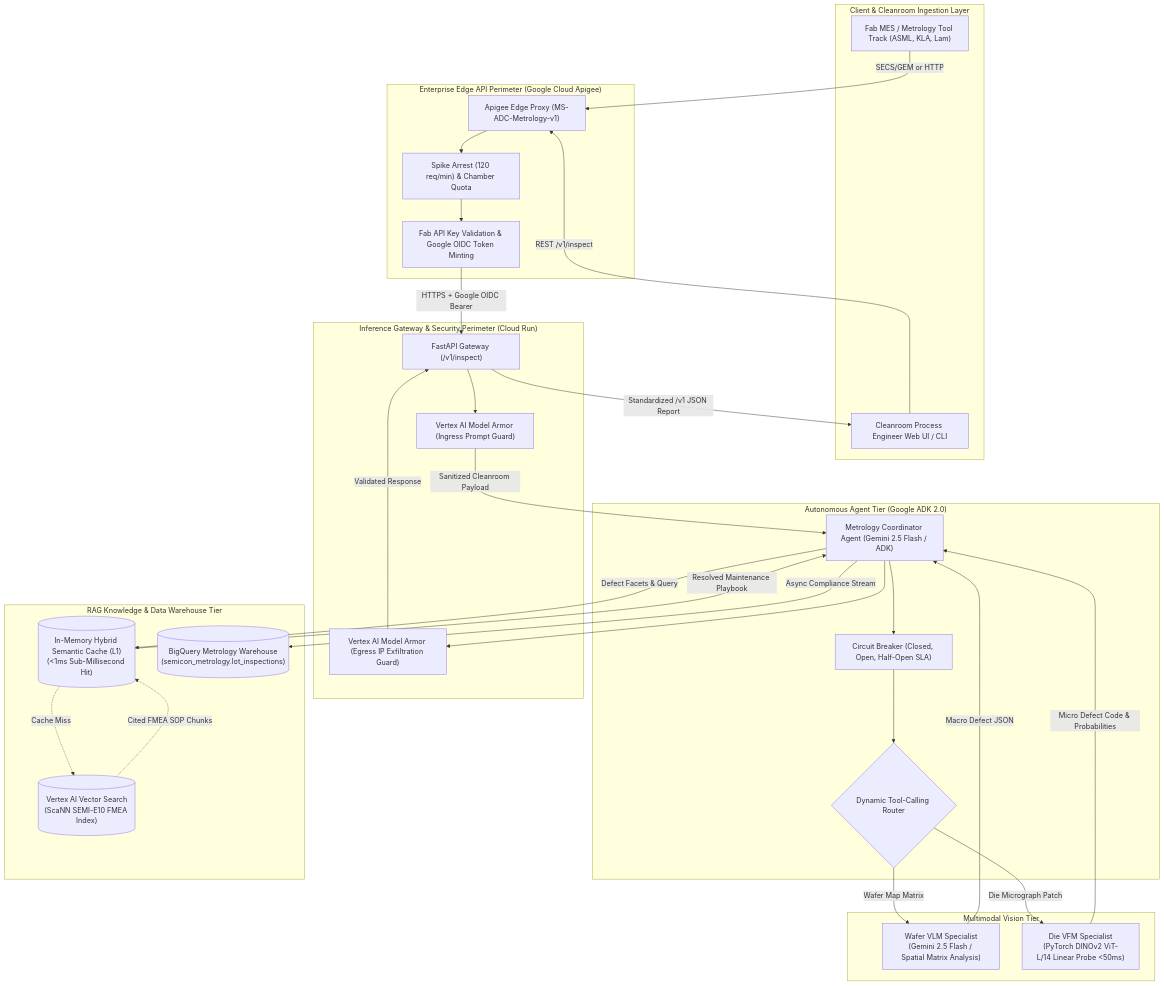
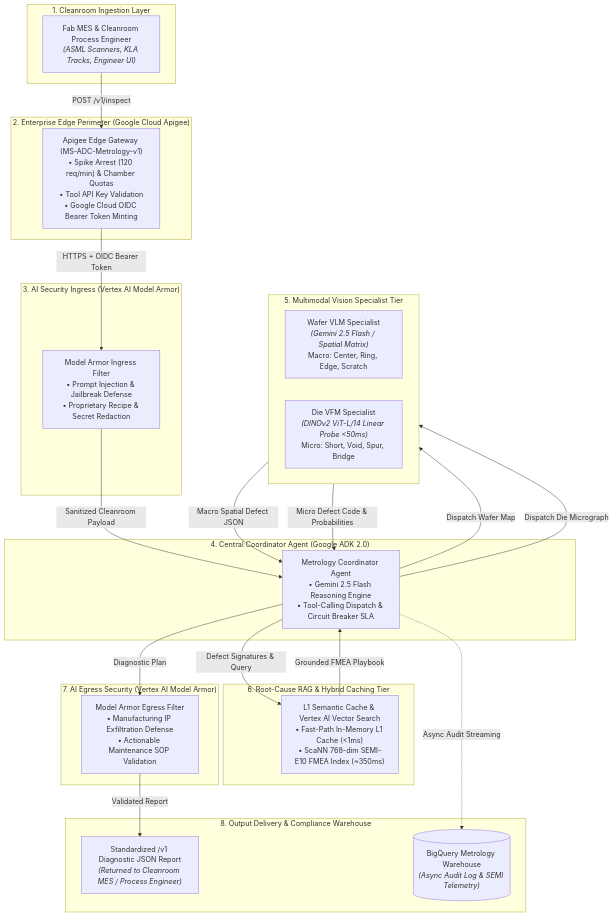
One commit to Ignotus-21/ms-adc changed the first of 2 diagrams in docs/architecture/system_design.md. Above: the diagram before and after it, drawn with Mermaid. The commit also changed other lines of this file, not shown here.

Commit message:
docs(architecture): streamline system_design.md into linear 8-stage pipeline matching README.md

````diff
--- a/docs/architecture/system_design.md
+++ b/docs/architecture/system_design.md
@@ -14,60 +14,59 @@
 ```mermaid
-flowchart TD
-    subgraph ClientLayer ["Client & Cleanroom Ingestion Layer"]
-        MES["Fab MES / Metrology Tool Track (ASML, KLA, Lam)"]
-        Engineer["Cleanroom Process Engineer Web UI / CLI"]
+graph TD
+    %% 1. Ingestion Layer
+    subgraph S1 ["1. Cleanroom Ingestion Layer"]
+        Client["Fab MES & Cleanroom Process Engineer<br/><i>(ASML Scanners, KLA Tracks, Engineer UI)</i>"]
     end
 
-    subgraph EdgePerimeter ["Enterprise Edge API Perimeter (Google Cloud Apigee)"]
-        ApigeeProxy["Apigee Edge Proxy (MS-ADC-Metrology-v1)"]
-        SpikeArrest["Spike Arrest (120 req/min) & Chamber Quota"]
-        ToolAuth["Fab API Key Validation & Google OIDC Token Minting"]
+    %% 2. Edge Gateway Layer
+    subgraph S2 ["2. Enterprise Edge Perimeter (Google Cloud Apigee)"]
+        Apigee["Apigee Edge Gateway (MS-ADC-Metrology-v1)<br/>• Spike Arrest (120 req/min) & Chamber Quotas<br/>• Tool API Key Validation<br/>• Google Cloud OIDC Bearer Token Minting"]
     end
 
-    subgraph SecurityPerimeter ["Inference Gateway & Security Perimeter (Cloud Run)"]
-        FastAPIGateway["FastAPI Gateway (/v1/inspect)"]
-        ModelArmorIngress["Vertex AI Model Armor (Ingress Prompt Guard)"]
-        ModelArmorEgress["Vertex AI Model Armor (Egress IP Exfiltration Guard)"]
+    %% 3. Ingress Security Layer
+    subgraph S3 ["3. AI Security Ingress (Vertex AI Model Armor)"]
+        ModelArmorIn["Model Armor Ingress Filter<br/>• Prompt Injection & Jailbreak Defense<br/>• Proprietary Recipe & Secret Redaction"]
     end
 
-    subgraph AgentOrchestration ["Autonomous Agent Tier (Google ADK 2.0)"]
-        Coordinator["Metrology Coordinator Agent (Gemini 2.5 Flash / ADK)"]
-        CircuitBreaker["Circuit Breaker (Closed, Open, Half-Open SLA)"]
-        ToolRouter{"Dynamic Tool-Calling Router"}
+    %% 4. Agent Orchestration Layer
+    subgraph S4 ["4. Central Coordinator Agent (Google ADK 2.0)"]
+        ADK["Metrology Coordinator Agent<br/>• Gemini 2.5 Flash Reasoning Engine<br/>• Tool-Calling Dispatch & Circuit Breaker SLA"]
     end
 
-    subgraph VisionSpecialists ["Multimodal Vision Tier"]
-        WaferVLM["Wafer VLM Specialist\n(Gemini 2.5 Flash / Spatial Matrix Analysis)"]
-        DieVFM["Die VFM Specialist\n(PyTorch DINOv2 ViT-L/14 Linear Probe <50ms)"]
+    %% 5. Multimodal Vision Layer
+    subgraph S5 ["5. Multimodal Vision Specialist Tier"]
+        direction LR
+        WaferVLM["Wafer VLM Specialist<br/><i>(Gemini 2.5 Flash / Spatial Matrix)</i><br/>Macro: Center, Ring, Edge, Scratch"]
+        DieVFM["Die VFM Specialist<br/><i>(DINOv2 ViT-L/14 Linear Probe &lt;50ms)</i><br/>Micro: Short, Void, Spur, Bridge"]
     end
 
-    subgraph KnowledgeTier ["RAG Knowledge & Data Warehouse Tier"]
-        L1Cache[("In-Memory Hybrid Semantic Cache (L1)\n(<1ms Sub-Millisecond Hit)")]
-        VectorDB[("Vertex AI Vector Search\n(ScaNN SEMI-E10 FMEA Index)")]
-        BQ[("BigQuery Metrology Warehouse\n(semicon_metrology.lot_inspections)")]
+    %% 6. Knowledge & RAG Layer
+    subgraph S6 ["6. Root-Cause RAG & Hybrid Caching Tier"]
+        RAG["L1 Semantic Cache & Vertex AI Vector Search<br/>• Fast-Path In-Memory L1 Cache (&lt;1ms)<br/>• ScaNN 768-dim SEMI-E10 FMEA Index (~350ms)"]
     end
 
-    MES -->|SECS/GEM or HTTP| ApigeeProxy
-    Engineer -->|REST /v1/inspect| ApigeeProxy
-    ApigeeProxy --> SpikeArrest --> ToolAuth
-    ToolAuth -->|HTTPS + Google OIDC Bearer| FastAPIGateway
+    %% 7. Egress Guardrail Layer
+    subgraph S7 ["7. AI Egress Security (Vertex AI Model Armor)"]
+        ModelArmorOut["Model Armor Egress Filter<br/>• Manufacturing IP Exfiltration Defense<br/>• Actionable Maintenance SOP Validation"]
+    end
 
-    FastAPIGateway --> ModelArmorIngress
-    ModelArmorIngress -->|Sanitized Cleanroom Payload| Coordinator
+    %% 8. Presentation & Analytics Layer
+    subgraph S8 ["8. Output Delivery & Compliance Warehouse"]
+        Output["Standardized /v1 Diagnostic JSON Report<br/><i>(Returned to Cleanroom MES / Process Engineer)</i>"]
+        BQ[("BigQuery Metrology Warehouse<br/><i>(Async Audit Log & SEMI Telemetry)</i>")]
+    end
 
-    Coordinator --> CircuitBreaker --> ToolRouter
-    ToolRouter -->|Wafer Map Matrix| WaferVLM
-    ToolRouter -->|Die Micrograph Patch| DieVFM
-    WaferVLM -->|Macro Defect JSON| Coordinator
-    DieVFM -->|Micro Defect Code & Probabilities| Coordinator
-
-    Coordinator -->|Defect Facets & Query| L1Cache
-    L1Cache -.->|Cache Miss| VectorDB
-    VectorDB -.->|Cited FMEA SOP Chunks| L1Cache
-    L1Cache -->|Resolved Maintenance Playbook| Coordinator
-
-    Coordinator --> ModelArmorEgress
-    ModelArmorEgress -->|Validated Response| FastAPIGateway
-    Coordinator -->|Async Compliance Stream| BQ
-    FastAPIGateway -->|Standardized /v1 JSON Report| Engineer
+    %% Straight-Down Linear Pipeline Flow
+    Client -->|POST /v1/inspect| Apigee
+    Apigee -->|HTTPS + OIDC Bearer Token| ModelArmorIn
+    ModelArmorIn -->|Sanitized Cleanroom Payload| ADK
+    ADK -->|Dispatch Wafer Map| WaferVLM
+    ADK -->|Dispatch Die Micrograph| DieVFM
+    WaferVLM -->|Macro Spatial Defect JSON| ADK
+    DieVFM -->|Micro Defect Code & Probabilities| ADK
+    ADK -->|Defect Signatures & Query| RAG
+    RAG -->|Grounded FMEA Playbook| ADK
+    ADK -->|Diagnostic Plan| ModelArmorOut
+    ModelArmorOut -->|Validated Report| Output
+    ADK -.->|Async Audit Streaming| BQ
 ```
````
